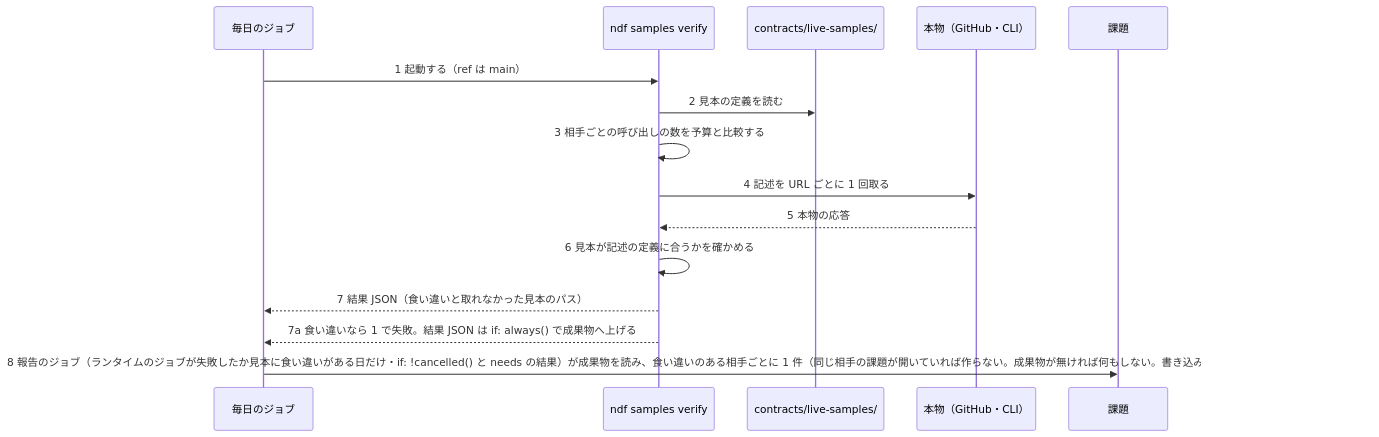
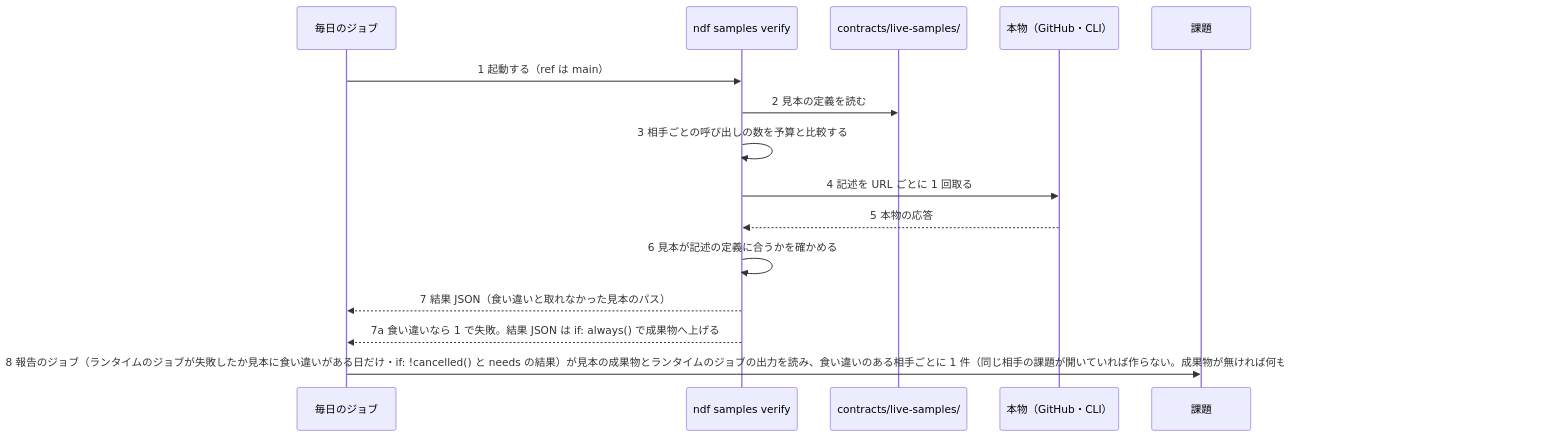
One commit to devbasex/ai-plugins changed the fourth of 5 diagrams in issues/issue-3687-design.md. Above: the diagram before and after it, drawn with Mermaid. The commit also changed 7 other files, not shown here.

````diff
--- a/issues/issue-3687-design.md
+++ b/issues/issue-3687-design.md
@@ -273,17 +273,17 @@
 ```mermaid
 sequenceDiagram
   participant D as 毎日のジョブ
   participant V as ndf samples verify
   participant C as contracts/live-samples/
   participant R as 本物（GitHub・CLI）
   participant G as 課題
   D->>V: 1 起動する（ref は main）
   V->>C: 2 見本の定義を読む
   V->>V: 3 相手ごとの呼び出しの数を予算と比較する
   V->>R: 4 記述を URL ごとに 1 回取る
   R-->>V: 5 本物の応答
   V->>V: 6 見本が記述の定義に合うかを確かめる
   V-->>D: 7 結果 JSON（食い違いと取れなかった見本のパス）
   V-->>D: 7a 食い違いなら 1 で失敗。結果 JSON は if: always() で成果物へ上げる
-  D->>G: 8 報告のジョブ（ランタイムのジョブが失敗したか見本に食い違いがある日だけ・if: !cancelled() と needs の結果）が成果物を読み、食い違いのある相手ごとに 1 件（同じ相手の課題が開いていれば作らない。成果物が無ければ何もしない。書き込みの権限は報告のジョブだけが持つ）
+  D->>G: 8 報告のジョブ（ランタイムのジョブが失敗したか見本に食い違いがある日だけ・if: !cancelled() と needs の結果）が見本の成果物とランタイムのジョブの出力を読み、食い違いのある相手ごとに 1 件（同じ相手の課題が開いていれば作らない。成果物が無ければ何もしない。書き込みの権限は報告のジョブだけが持つ）
 ```
````
